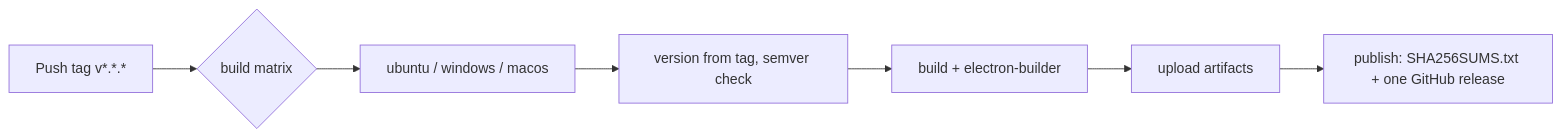
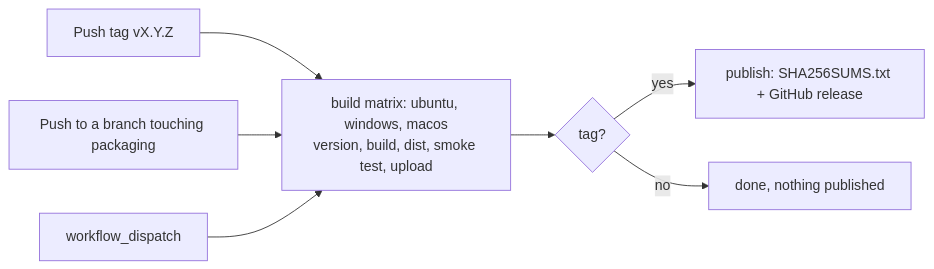
Before and after one commit to mpenn114/snails: the diagram in docs/development/release-process.md, drawn with Mermaid. The commit also changed other lines of this file and 3 other files, not shown here.

````diff
--- a/docs/development/release-process.md
+++ b/docs/development/release-process.md
@@ -26,9 +20,9 @@
 ```mermaid
 graph LR
-  T[Push tag v*.*.*] --> M{build matrix}
-  M --> U[ubuntu / windows / macos]
-  U --> V[version from tag, semver check]
-  V --> E[build + electron-builder]
-  E --> A[upload artifacts]
-  A --> P[publish: SHA256SUMS.txt + one GitHub release]
+  T[Push tag vX.Y.Z] --> B
+  Br[Push to a branch touching packaging] --> B
+  D[workflow_dispatch] --> B
+  B[build matrix: ubuntu, windows, macos<br/>version, build, dist, smoke test, upload] --> P{tag?}
+  P -- yes --> R[publish: SHA256SUMS.txt + GitHub release]
+  P -- no --> X[done, nothing published]
 ```
````
